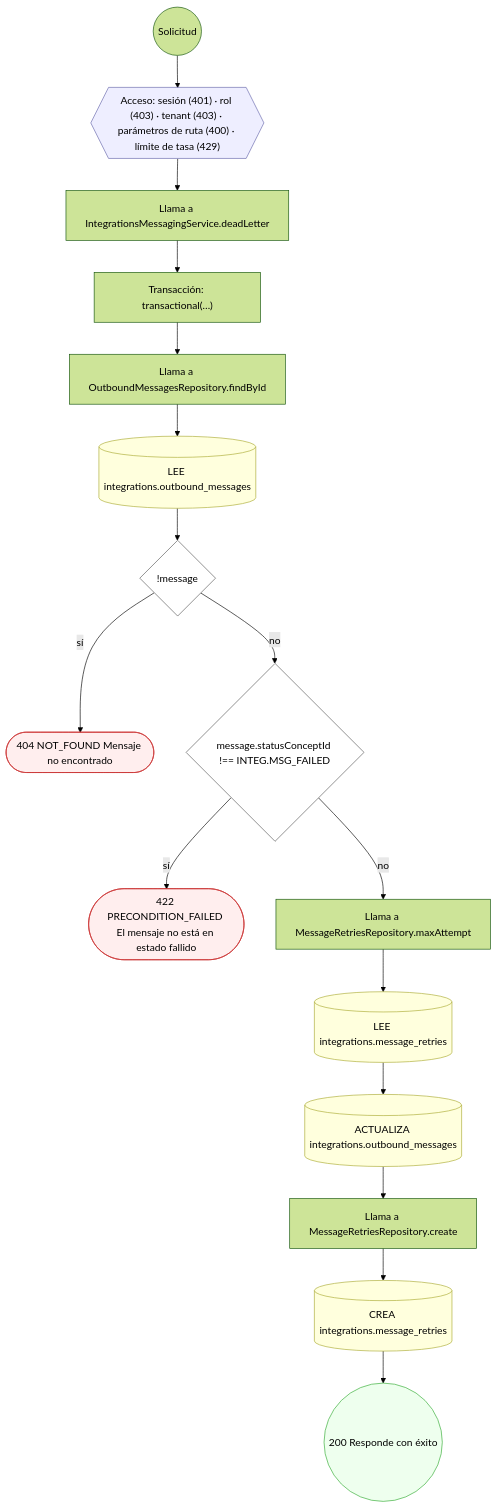
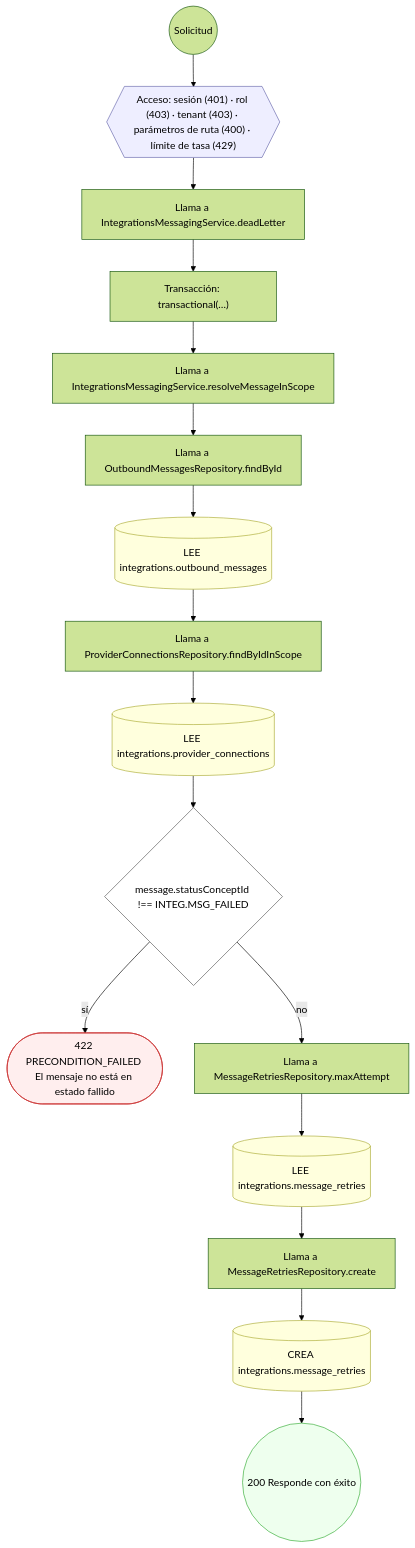
One commit to mdavila-2001/mantra-core-health-api changed the sixth of 14 diagrams in docs/inventario/flujos/integrations.md. Above: the diagram before and after it, drawn with Mermaid (forest theme). The commit also changed other lines of this file and 438 other files, not shown here.

````diff
--- a/docs/inventario/flujos/integrations.md
+++ b/docs/inventario/flujos/integrations.md
@@ -409,40 +407,40 @@
 ```mermaid
 flowchart TD
   n1(("Solicitud")):::inicio
   n2{{"Acceso: sesión (401) · rol (403) · tenant (403) · parámetros de ruta (400) · límite de tasa (429)"}}:::acceso
   n1 --> n2
   n3["Llama a IntegrationsMessagingService.deadLetter"]:::llamada
   n2 --> n3
   n4["Transacción: transactional(…)"]:::transaccion
   n3 --> n4
-  n5["Llama a OutboundMessagesRepository.findById"]:::llamada
+  n5["Llama a IntegrationsMessagingService.resolveMessageInScope"]:::llamada
   n4 --> n5
-  n6[("LEE integrations.outbound_messages")]:::efecto
+  n6["Llama a OutboundMessagesRepository.findById"]:::llamada
   n5 --> n6
-  n7{"!message"}:::decision
+  n7[("LEE integrations.outbound_messages")]:::efecto
   n6 --> n7
-  n8(["404 NOT_FOUND Mensaje no encontrado"]):::error
-  n7 -->|"sí"| n8
-  n9{"message.statusConceptId !== INTEG.MSG_FAILED"}:::decision
-  n7 -->|"no"| n9
-  n10(["422 PRECONDITION_FAILED El mensaje no está en estado fallido"]):::error
-  n9 -->|"sí"| n10
-  n11["Llama a MessageRetriesRepository.maxAttempt"]:::llamada
-  n9 -->|"no"| n11
-  n12[("LEE integrations.message_retries")]:::efecto
-  n11 --> n12
-  n13[("ACTUALIZA integrations.outbound_messages")]:::efecto
+  n8["Llama a ProviderConnectionsRepository.findByIdInScope"]:::llamada
+  n7 --> n8
+  n9[("LEE integrations.provider_connections")]:::efecto
+  n8 --> n9
+  n10{"message.statusConceptId !== INTEG.MSG_FAILED"}:::decision
+  n9 --> n10
+  n11(["422 PRECONDITION_FAILED El mensaje no está en estado fallido"]):::error
+  n10 -->|"sí"| n11
+  n12["Llama a MessageRetriesRepository.maxAttempt"]:::llamada
+  n10 -->|"no"| n12
+  n13[("LEE integrations.message_retries")]:::efecto
   n12 --> n13
   n14["Llama a MessageRetriesRepository.create"]:::llamada
   n13 --> n14
   n15[("CREA integrations.message_retries")]:::efecto
   n14 --> n15
   n16(("200 Responde con éxito")):::ok
   n15 --> n16
   classDef acceso fill:#eef,stroke:#66a
   classDef error fill:#fee,stroke:#c33
   classDef ok fill:#efe,stroke:#3a3
   classDef efecto fill:#ffd,stroke:#aa3
   classDef decision fill:#fff,stroke:#555
   classDef corte fill:#eee,stroke:#999,stroke-dasharray: 4
 ```
````
